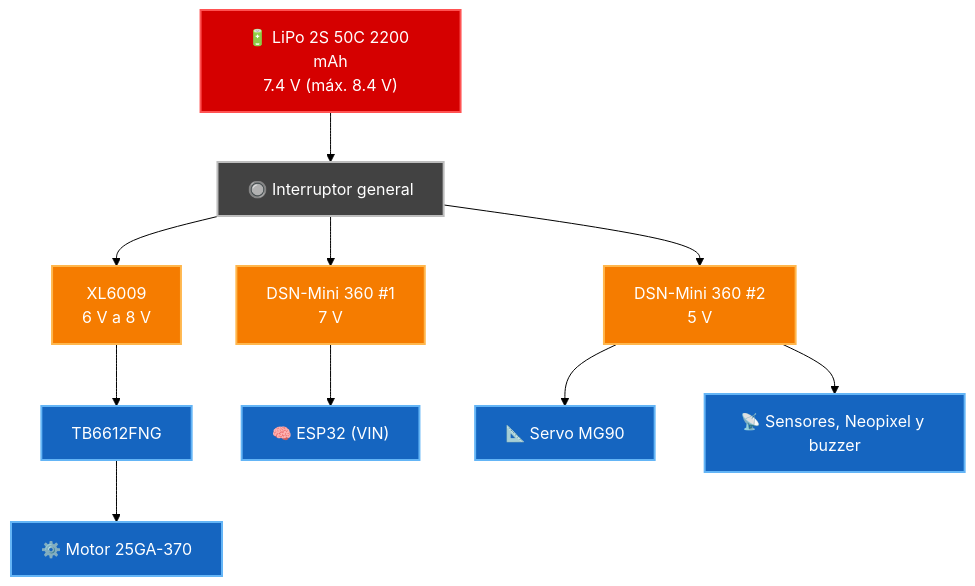
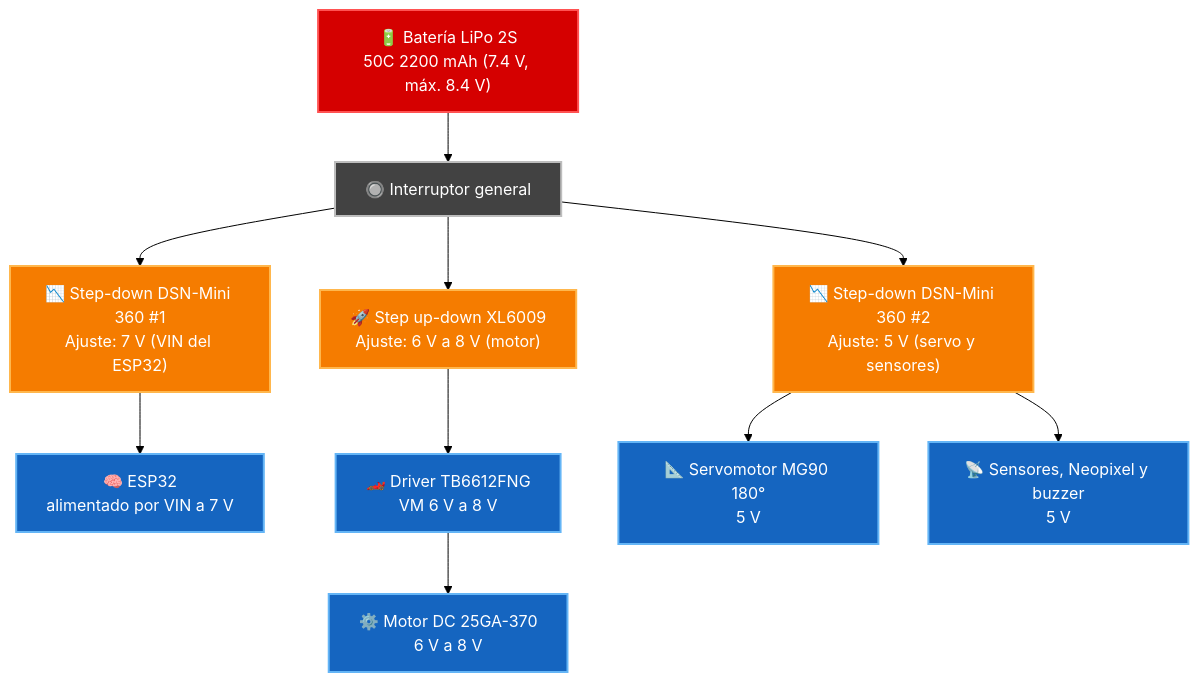
One commit to erchivox/Prometheus-Team-2026 changed the first of 7 diagrams in README.md. Above: the diagram before and after it, drawn with Mermaid (forest theme). The commit also changed other lines of this file, not shown here.

````diff
--- a/README.md
+++ b/README.md
@@ -180,27 +244,33 @@
 ```mermaid
 graph TD
     classDef bat fill:#d50000,stroke:#ff5252,stroke-width:2px,color:#fff;
     classDef sw fill:#424242,stroke:#bdbdbd,stroke-width:2px,color:#fff;
     classDef reg fill:#f57c00,stroke:#ffb74d,stroke-width:2px,color:#fff;
     classDef load fill:#1565c0,stroke:#64b5f6,stroke-width:2px,color:#fff;
 
-    BAT["🔋 LiPo 2S 50C 2200 mAh<br>7.4 V (máx. 8.4 V)"]:::bat
+    BAT["🔋 Batería LiPo 2S<br>50C 2200 mAh (7.4 V, máx. 8.4 V)"]:::bat
     SW["🔘 Interruptor general"]:::sw
 
-    XL["XL6009<br>6 V a 8 V"]:::reg
-    SD1["DSN-Mini 360 #1<br>7 V"]:::reg
-    SD2["DSN-Mini 360 #2<br>5 V"]:::reg
+    XL["🚀 Step up-down XL6009<br>Ajuste: 6 V a 8 V (motor)"]:::reg
+    SD1["📉 Step-down DSN-Mini 360 #1<br>Ajuste: 7 V (VIN del ESP32)"]:::reg
+    SD2["📉 Step-down DSN-Mini 360 #2<br>Ajuste: 5 V (servo y sensores)"]:::reg
 
-    DRIVER["TB6612FNG"]:::load
-    MOTOR["⚙️ Motor 25GA-370"]:::load
-    ESP32["🧠 ESP32 (VIN)"]:::load
-    SERVO["📐 Servo MG90"]:::load
-    SENS["📡 Sensores, Neopixel y buzzer"]:::load
+    ESP32["🧠 ESP32<br>alimentado por VIN a 7 V"]:::load
+    DRIVER["🏎️ Driver TB6612FNG<br>VM 6 V a 8 V"]:::load
+    MOTOR["⚙️ Motor DC 25GA-370<br>6 V a 8 V"]:::load
+    SERVO["📐 Servomotor MG90 180°<br>5 V"]:::load
+    SENS["📡 Sensores, Neopixel y buzzer<br>5 V"]:::load
 
     BAT --> SW
-    SW --> XL --> DRIVER --> MOTOR
-    SW --> SD1 --> ESP32
+
+    SW --> XL
+    SW --> SD1
     SW --> SD2
+
+    XL --> DRIVER
+    DRIVER --> MOTOR
+
+    SD1 --> ESP32
     SD2 --> SERVO
     SD2 --> SENS
 ```
````
